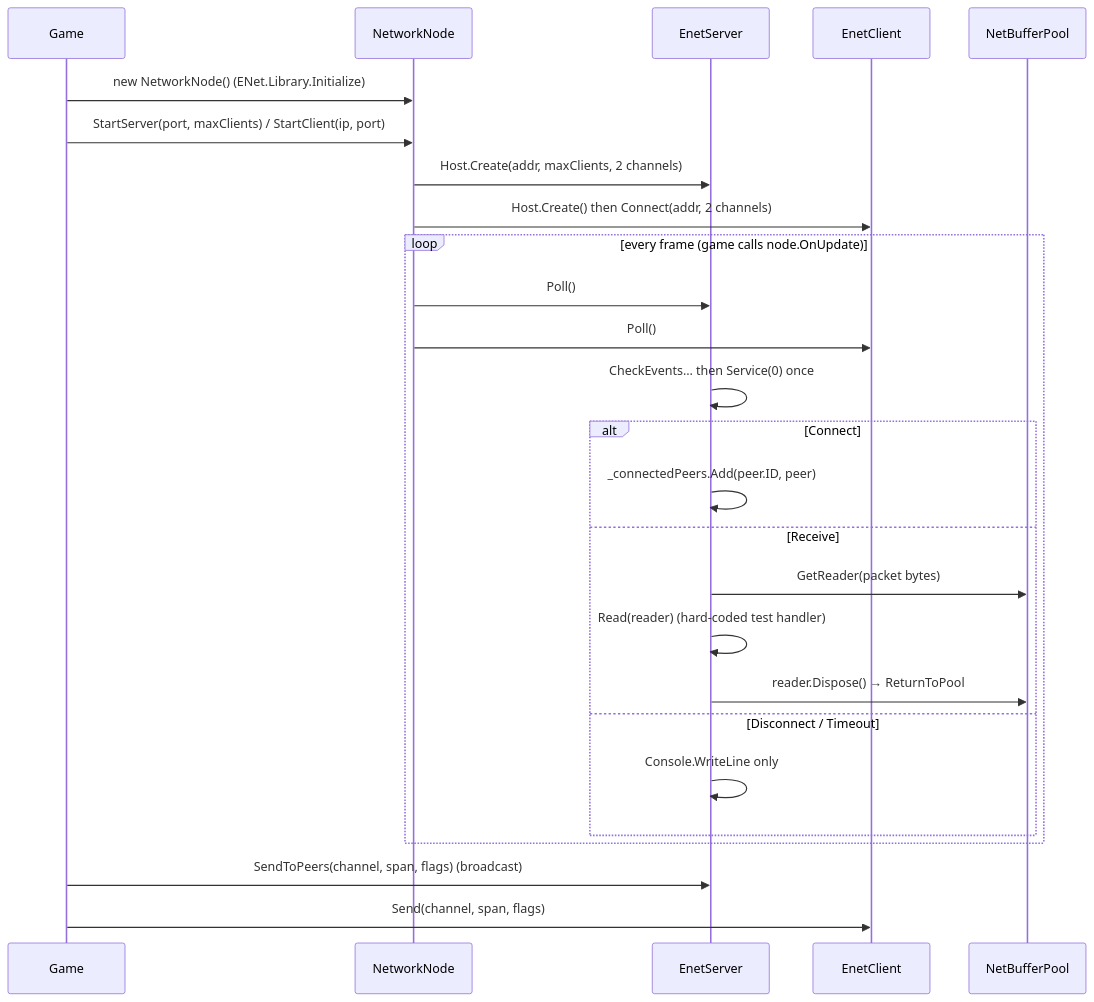
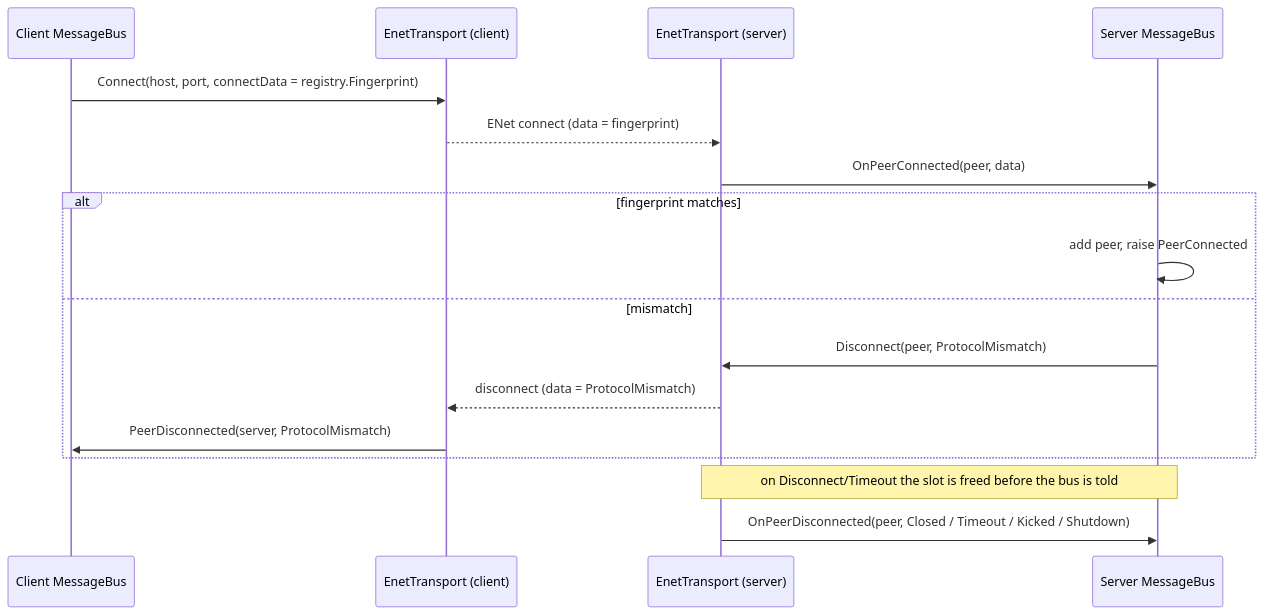
The second of 2 diagrams in docs/design/networking.md (Mainframe-Games/mainframe-engine), drawn with Mermaid before and after one commit. The commit also changed other lines of this file and 3 other files, not shown here.

````diff
--- a/docs/design/networking.md
+++ b/docs/design/networking.md
@@ -28,29 +100,19 @@
 ```mermaid
 sequenceDiagram
-    participant Game
-    participant NN as NetworkNode
-    participant S as EnetServer
-    participant C as EnetClient
-    participant P as NetBufferPool
-
-    Game->>NN: new NetworkNode()  (ENet.Library.Initialize)
-    Game->>NN: StartServer(port, maxClients) / StartClient(ip, port)
-    NN->>S: Host.Create(addr, maxClients, 2 channels)
-    NN->>C: Host.Create() then Connect(addr, 2 channels)
-    loop every frame (game calls node.OnUpdate)
-        NN->>S: Poll()
-        NN->>C: Poll()
-        S->>S: CheckEvents… then Service(0) once
-        alt Connect
-            S->>S: _connectedPeers.Add(peer.ID, peer)
-        else Receive
-            S->>P: GetReader(packet bytes)
-            S->>S: Read(reader) (hard-coded test handler)
-            S->>P: reader.Dispose() → ReturnToPool
-        else Disconnect / Timeout
-            S->>S: Console.WriteLine only
-        end
+    participant C as Client MessageBus
+    participant CT as EnetTransport (client)
+    participant ST as EnetTransport (server)
+    participant S as Server MessageBus
+    C->>CT: Connect(host, port, connectData = registry.Fingerprint)
+    CT-->>ST: ENet connect (data = fingerprint)
+    ST->>S: OnPeerConnected(peer, data)
+    alt fingerprint matches
+        S->>S: add peer, raise PeerConnected
+    else mismatch
+        S->>ST: Disconnect(peer, ProtocolMismatch)
+        ST-->>CT: disconnect (data = ProtocolMismatch)
+        CT->>C: PeerDisconnected(server, ProtocolMismatch)
     end
-    Game->>S: SendToPeers(channel, span, flags)  (broadcast)
-    Game->>C: Send(channel, span, flags)
+    Note over ST,S: on Disconnect/Timeout the slot is freed before the bus is told
+    ST->>S: OnPeerDisconnected(peer, Closed / Timeout / Kicked / Shutdown)
 ```
````
